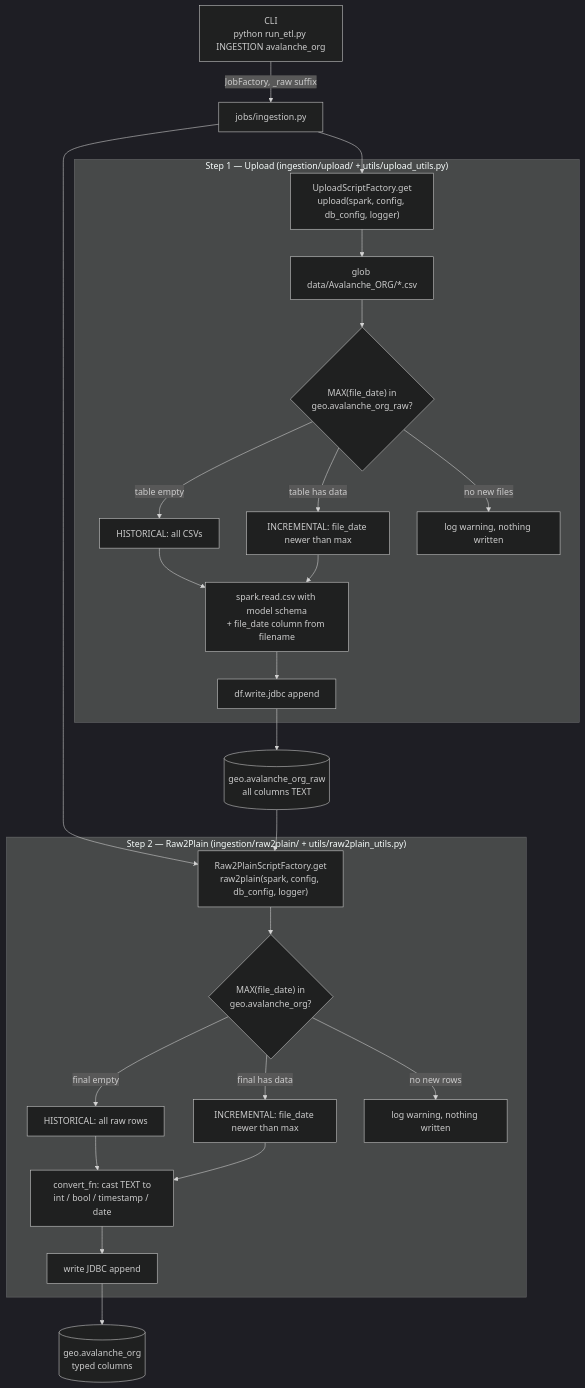
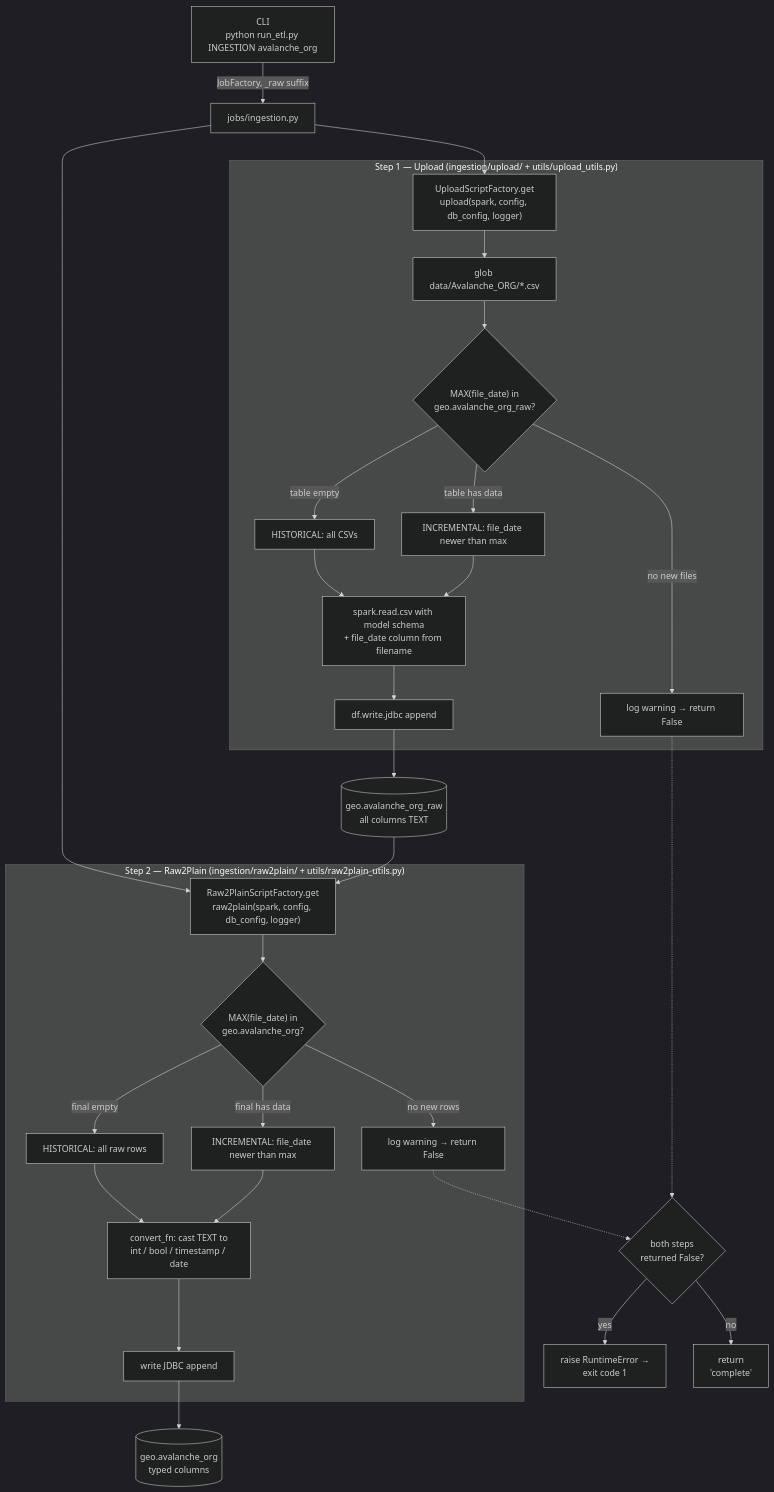
Before and after one commit to kaluzny1995/GEO_ETL: the second of 2 diagrams in docs/etl-jobs.md, drawn with Mermaid (dark theme). The commit also changed other lines of this file and 43 other files, not shown here.

````diff
--- a/docs/etl-jobs.md
+++ b/docs/etl-jobs.md
@@ -70,32 +70,37 @@
 ```mermaid
 flowchart TD
     CLI["CLI<br/>python run_etl.py INGESTION avalanche_org"] -->|JobFactory, _raw suffix| JOB["jobs/ingestion.py"]
     JOB --> FU["UploadScriptFactory.get<br/>upload(spark, config, db_config, logger)"]
     JOB --> FT["Raw2PlainScriptFactory.get<br/>raw2plain(spark, config, db_config, logger)"]
 
     subgraph UP["Step 1 — Upload (ingestion/upload/ + utils/upload_utils.py)"]
         FU --> FILES["glob data/Avalanche_ORG/*.csv"]
         FILES --> D1{"MAX(file_date) in<br/>geo.avalanche_org_raw?"}
         D1 -->|"table empty"| H1["HISTORICAL: all CSVs"]
         D1 -->|"table has data"| I1["INCREMENTAL: file_date newer than max"]
         H1 --> READ["spark.read.csv with model schema<br/>+ file_date column from filename"]
         I1 --> READ
         READ --> W1["df.write.jdbc append"]
-        D1 -->|"no new files"| SKIP1["log warning, nothing written"]
+        D1 -->|"no new files"| SKIP1["log warning → return False"]
     end
 
     subgraph R2P["Step 2 — Raw2Plain (ingestion/raw2plain/ + utils/raw2plain_utils.py)"]
         D2{"MAX(file_date) in<br/>geo.avalanche_org?"}
         D2 -->|"final empty"| H2["HISTORICAL: all raw rows"]
         D2 -->|"final has data"| I2["INCREMENTAL: file_date newer than max"]
         H2 --> CV["convert_fn: cast TEXT to<br/>int / bool / timestamp / date"]
         I2 --> CV
         CV --> W2["write JDBC append"]
-        D2 -->|"no new rows"| SKIP2["log warning, nothing written"]
+        D2 -->|"no new rows"| SKIP2["log warning → return False"]
         FT --> D2
     end
 
     W1 --> RAW[("geo.avalanche_org_raw<br/>all columns TEXT")]
     RAW --> FT
     W2 --> PLAIN[("geo.avalanche_org<br/>typed columns")]
+
+    SKIP1 -.-> NOOP{"both steps<br/>returned False?"}
+    SKIP2 -.-> NOOP
+    NOOP -->|"yes"| FAIL["raise RuntimeError →<br/>exit code 1"]
+    NOOP -->|"no"| OK["return<br/>'complete'"]
 ```
````
